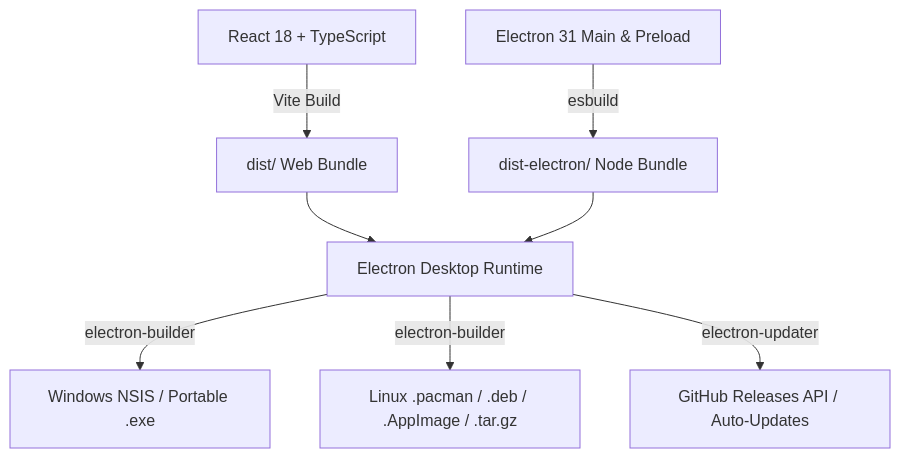
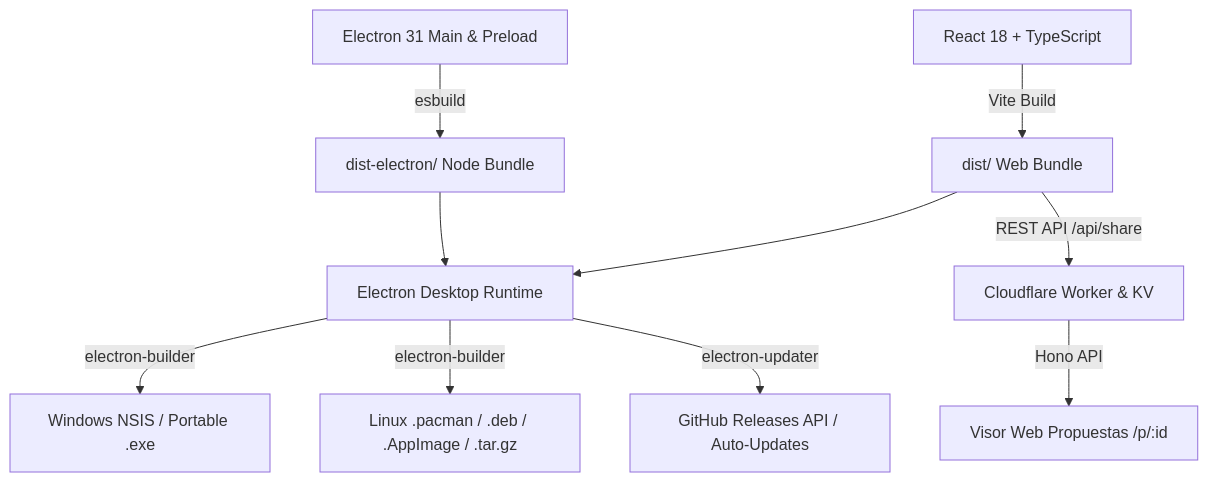
The diagram in docs/MAINTENANCE_AND_UPDATES.md (WilkerDev1/solarsim-pro), drawn with Mermaid before and after one commit. The commit also changed other lines of this file and 4 other files, not shown here.

````diff
--- a/docs/MAINTENANCE_AND_UPDATES.md
+++ b/docs/MAINTENANCE_AND_UPDATES.md
@@ -10,10 +10,12 @@
 ```mermaid
 graph TD
     A[React 18 + TypeScript] -->|Vite Build| B[dist/ Web Bundle]
     C[Electron 31 Main & Preload] -->|esbuild| D[dist-electron/ Node Bundle]
     B --> E[Electron Desktop Runtime]
     D --> E
     E -->|electron-builder| F[Windows NSIS / Portable .exe]
     E -->|electron-builder| G[Linux .pacman / .deb / .AppImage / .tar.gz]
     E -->|electron-updater| H[GitHub Releases API / Auto-Updates]
+    I[Cloudflare Worker & KV] -->|Hono API| J[Visor Web Propuestas /p/:id]
+    B -->|REST API /api/share| I
 ```
````
